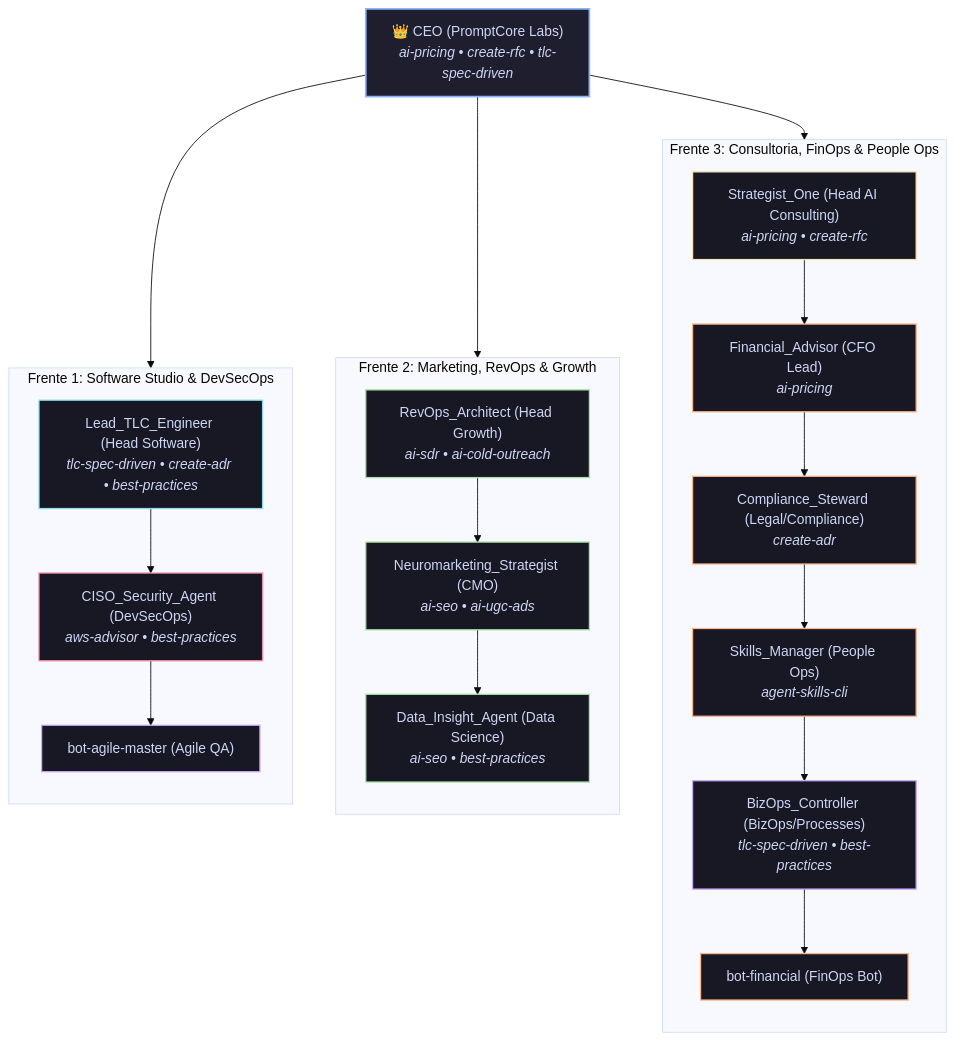
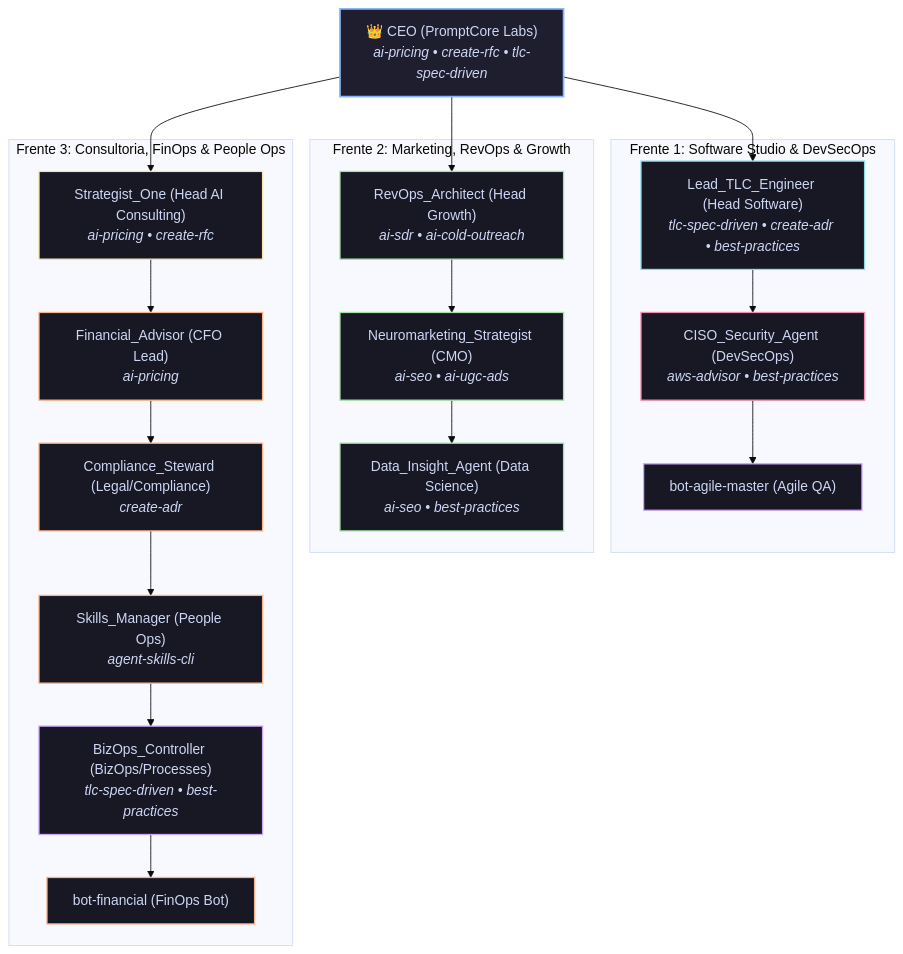
The second of 2 diagrams in projects/Living Architecture PCL AEOS/docs/agents-squads/README.md (EnterDufter/PromptCoreLabs_AEOS), drawn with Mermaid (base theme) before and after one commit. The commit also changed 1 other file, not shown here.

Commit message:
fix(diagrams): corrige erro de sintaxe do Mermaid no Org Chart do Manual dos Agentes e reorganiza Fluxo Operacional e 3 Camadas em matriz 3 colunas com fontes amplas

````diff
--- a/projects/Living Architecture PCL AEOS/docs/agents-squads/README.md
+++ b/projects/Living Architecture PCL AEOS/docs/agents-squads/README.md
@@ -52,43 +52,40 @@
 ```mermaid
 graph TD
     classDef board fill:#1e1e2e,stroke:#89b4fa,stroke-width:2px,color:#cdd6f4;
     classDef squadEstra fill:#181825,stroke:#f9e2af,stroke-width:1.5px,color:#cdd6f4;
     classDef squadRev fill:#181825,stroke:#a6e3a1,stroke-width:1.5px,color:#cdd6f4;
     classDef squadDev fill:#181825,stroke:#89dceb,stroke-width:1.5px,color:#cdd6f4;
     classDef squadOps fill:#181825,stroke:#cba6f7,stroke-width:1.5px,color:#cdd6f4;
     classDef squadSec fill:#181825,stroke:#f38ba8,stroke-width:1.5px,color:#cdd6f4;
     classDef squadFin fill:#181825,stroke:#fab387,stroke-width:1.5px,color:#cdd6f4;
 
     CEO["👑 CEO (PromptCore Labs)<br/><i>ai-pricing • create-rfc • tlc-spec-driven</i>"]:::board
 
     subgraph Vert_Software["Frente 1: Software Studio & DevSecOps"]
-        direction TD
         LeadEng["Lead_TLC_Engineer (Head Software)<br/><i>tlc-spec-driven • create-adr • best-practices</i>"]:::squadDev
         CISO["CISO_Security_Agent (DevSecOps)<br/><i>aws-advisor • best-practices</i>"]:::squadSec
         AgileBot["bot-agile-master (Agile QA)"]:::squadOps
         LeadEng --> CISO --> AgileBot
     end
 
     subgraph Vert_Growth["Frente 2: Marketing, RevOps & Growth"]
-        direction TD
         RevOps["RevOps_Architect (Head Growth)<br/><i>ai-sdr • ai-cold-outreach</i>"]:::squadRev
         CMO["Neuromarketing_Strategist (CMO)<br/><i>ai-seo • ai-ugc-ads</i>"]:::squadRev
         GrowthDS["Data_Insight_Agent (Data Science)<br/><i>ai-seo • best-practices</i>"]:::squadRev
         RevOps --> CMO --> GrowthDS
     end
 
     subgraph Vert_Consulting["Frente 3: Consultoria, FinOps & People Ops"]
-        direction TD
         Strategist["Strategist_One (Head AI Consulting)<br/><i>ai-pricing • create-rfc</i>"]:::squadEstra
         FinAdv["Financial_Advisor (CFO Lead)<br/><i>ai-pricing</i>"]:::squadFin
         Compliance["Compliance_Steward (Legal/Compliance)<br/><i>create-adr</i>"]:::squadFin
         SkillsMgr["Skills_Manager (People Ops)<br/><i>agent-skills-cli</i>"]:::squadFin
         BizOps["BizOps_Controller (BizOps/Processes)<br/><i>tlc-spec-driven • best-practices</i>"]:::squadOps
         FinBot["bot-financial (FinOps Bot)"]:::squadFin
         Strategist --> FinAdv --> Compliance --> SkillsMgr --> BizOps --> FinBot
     end
 
-    CEO --> Vert_Software
-    CEO --> Vert_Growth
-    CEO --> Vert_Consulting
+    CEO --> LeadEng
+    CEO --> RevOps
+    CEO --> Strategist
 ```
````
